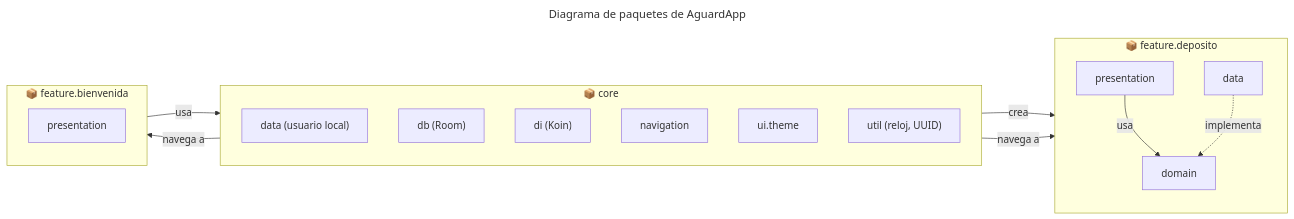
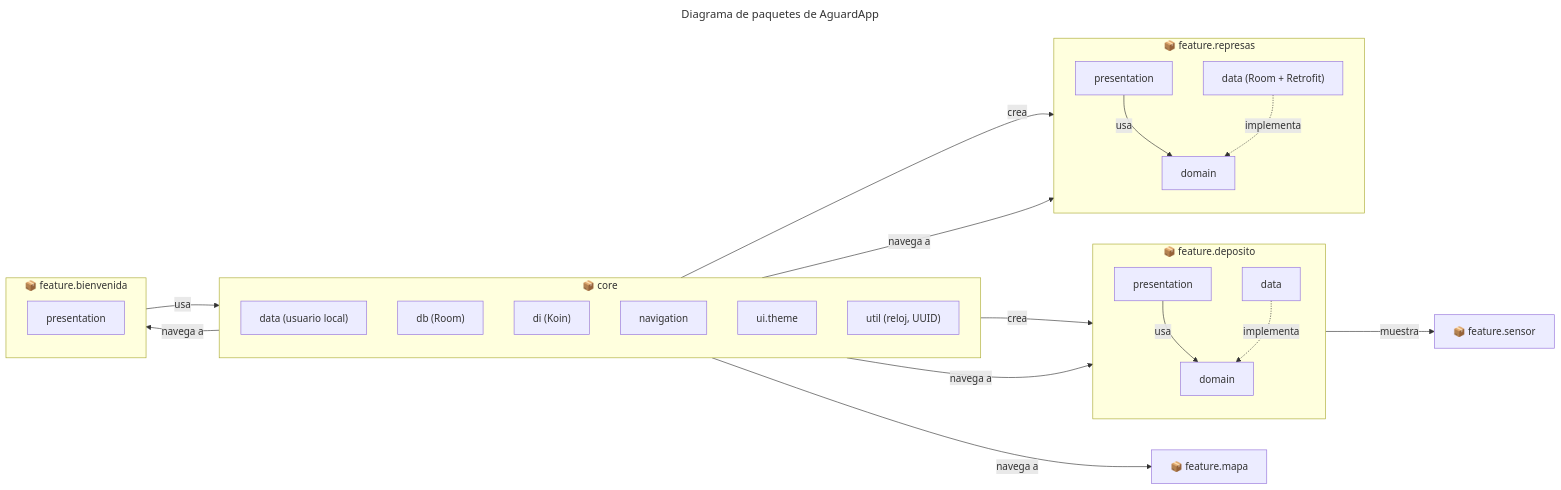
One commit to Cristhian465/Aguarda changed the fourth of 11 diagrams in informes/FD03-SRS.md. Above: the diagram before and after it, drawn with Mermaid. The commit also changed other lines of this file and 36 other files, not shown here.

````diff
--- a/informes/FD03-SRS.md
+++ b/informes/FD03-SRS.md
@@ -230,30 +248,44 @@
 ```mermaid
 ---
 title: Diagrama de paquetes de AguardApp
 ---
 flowchart LR
     subgraph CORE["📦 core"]
         direction TB
         C1["data (usuario local)"]
         C2["db (Room)"]
         C3["di (Koin)"]
         C4["navigation"]
         C5["ui.theme"]
         C6["util (reloj, UUID)"]
     end
     subgraph BIEN["📦 feature.bienvenida"]
         B1["presentation"]
     end
     subgraph DEP["📦 feature.deposito"]
         direction TB
         P1["presentation"]
         D1["domain"]
         DA1["data"]
     end
+    subgraph REP["📦 feature.represas"]
+        direction TB
+        P2["presentation"]
+        D2["domain"]
+        DA2["data (Room + Retrofit)"]
+    end
+    MAP["📦 feature.mapa"]
+    SEN["📦 feature.sensor"]
     BIEN -- usa --> CORE
     P1 -- usa --> D1
     DA1 -. implementa .-> D1
+    P2 -- usa --> D2
+    DA2 -. implementa .-> D2
+    P1 -- muestra --> SEN
     CORE -- crea --> DA1
+    CORE -- crea --> DA2
     CORE -- navega a --> P1
+    CORE -- navega a --> P2
+    CORE -- navega a --> MAP
     CORE -- navega a --> BIEN
 ```
````
